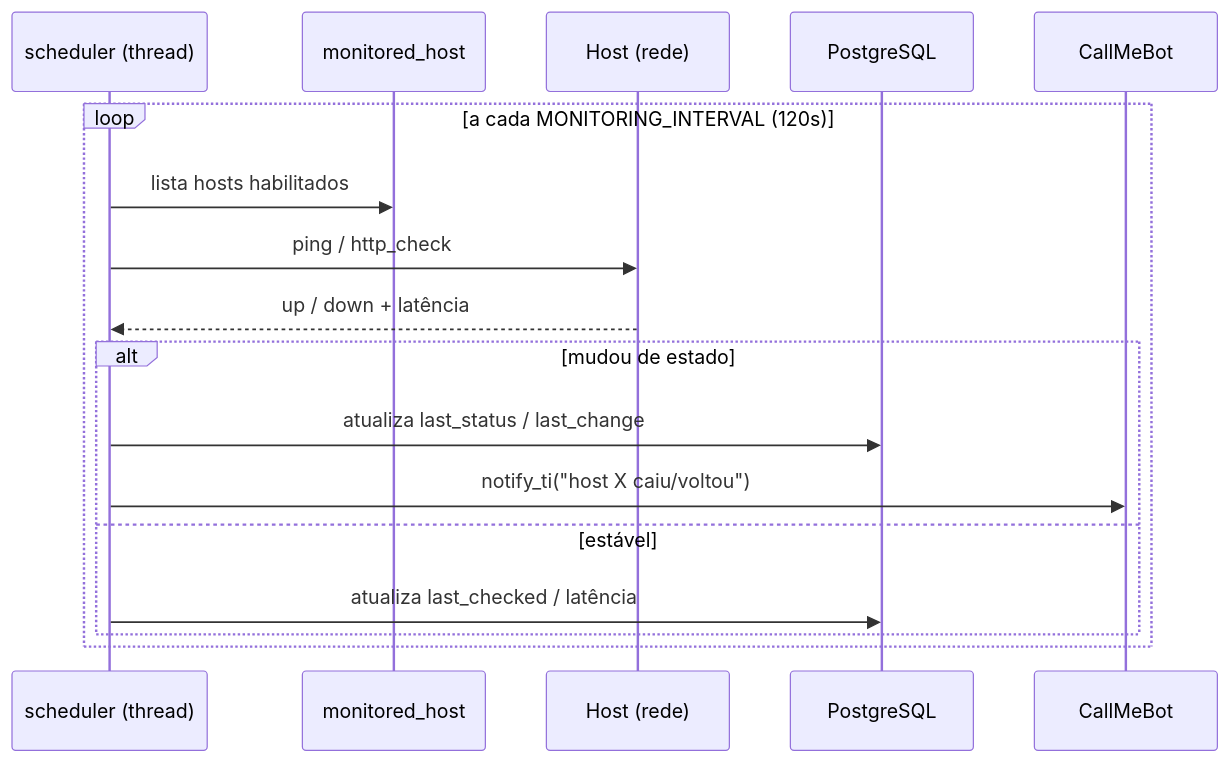
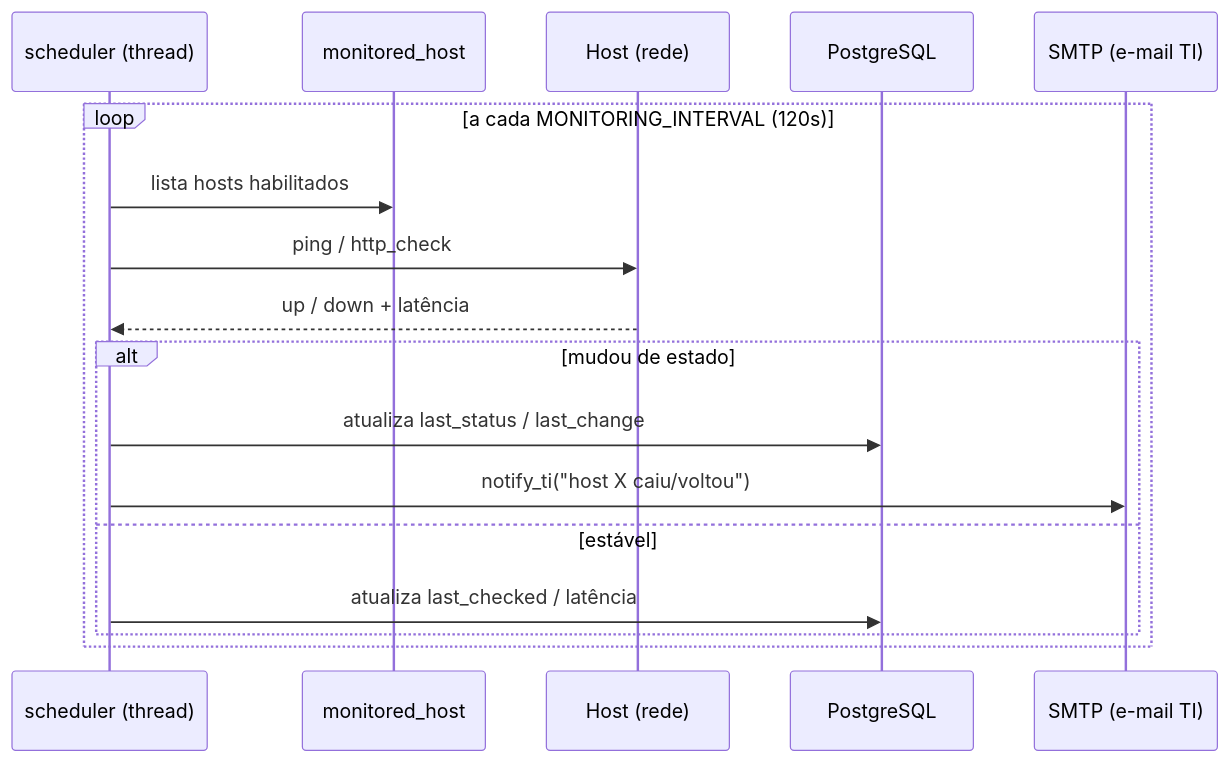
One commit to nerdGG094/InvenSync changed diagram 16 of 23 in docs/DOCUMENTACAO.md. Above: the diagram before and after it, drawn with Mermaid. The commit also changed other lines of this file and 1 other file, not shown here.

First line of the commit message:
docs: remove CallMeBot/WhatsApp e atualiza para o estado atual

````diff
--- a/docs/DOCUMENTACAO.md
+++ b/docs/DOCUMENTACAO.md
@@ -793,20 +800,20 @@
 ```mermaid
 sequenceDiagram
     participant SCH as scheduler (thread)
     participant H as monitored_host
     participant NET as Host (rede)
     participant DB as PostgreSQL
-    participant WPP as CallMeBot
+    participant MAIL as SMTP (e-mail TI)
 
     loop a cada MONITORING_INTERVAL (120s)
         SCH->>H: lista hosts habilitados
         SCH->>NET: ping / http_check
         NET-->>SCH: up / down + latência
         alt mudou de estado
             SCH->>DB: atualiza last_status / last_change
-            SCH->>WPP: notify_ti("host X caiu/voltou")
+            SCH->>MAIL: notify_ti("host X caiu/voltou")
         else estável
             SCH->>DB: atualiza last_checked / latência
         end
     end
 ```
````
